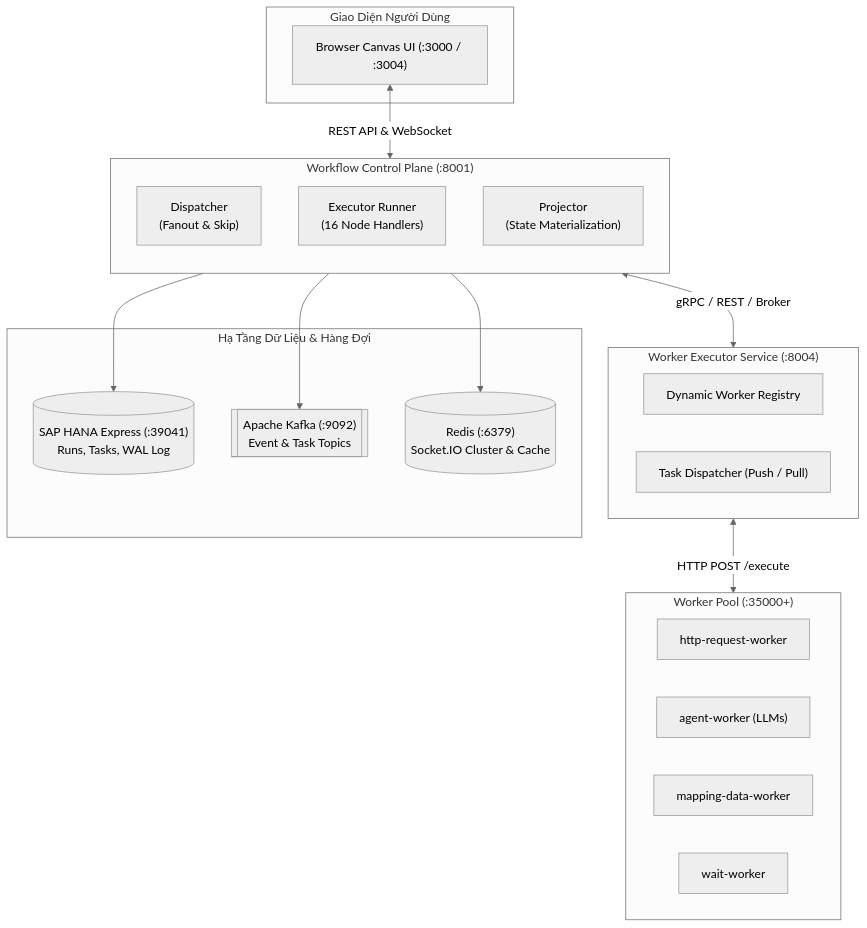
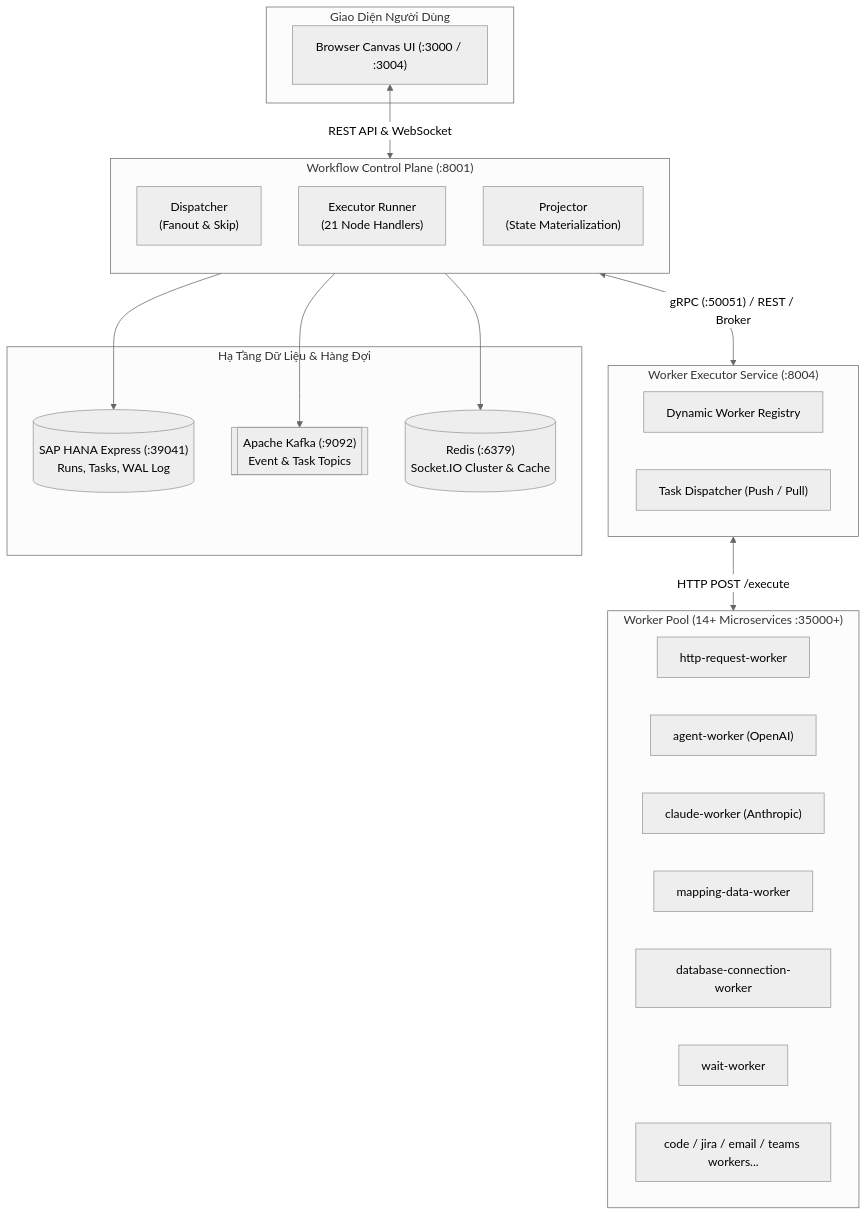
Before and after one commit to namvoit1710-cmyk/tech-stack: the diagram in docs/ai-workflow-management/README.md, drawn with Mermaid (neutral theme). The commit also changed other lines of this file and 7 other files, not shown here.

````diff
--- a/docs/ai-workflow-management/README.md
+++ b/docs/ai-workflow-management/README.md
@@ -39,38 +42,41 @@
 ```mermaid
 flowchart TB
     subgraph UI["Giao Diện Người Dùng"]
         CLIENT["Browser Canvas UI (:3000 / :3004)"]
     end
 
     subgraph ENGINE["Workflow Control Plane (:8001)"]
         direction TB
         DISP["Dispatcher<br/>(Fanout & Skip)"]
-        EXEC["Executor Runner<br/>(16 Node Handlers)"]
+        EXEC["Executor Runner<br/>(21 Node Handlers)"]
         PROJ["Projector<br/>(State Materialization)"]
     end
 
     subgraph WORKERS["Worker Executor Service (:8004)"]
         REGISTRY["Dynamic Worker Registry"]
         DISPATCHER["Task Dispatcher (Push / Pull)"]
     end
 
-    subgraph AGENTS["Worker Pool (:35000+)"]
+    subgraph AGENTS["Worker Pool (14+ Microservices :35000+)"]
         W_HTTP["http-request-worker"]
-        W_AGENT["agent-worker (LLMs)"]
+        W_AGENT["agent-worker (OpenAI)"]
+        W_CLAUDE["claude-worker (Anthropic)"]
         W_MAP["mapping-data-worker"]
+        W_DB["database-connection-worker"]
         W_WAIT["wait-worker"]
+        W_MORE["code / jira / email / teams workers..."]
     end
 
     subgraph STORAGE["Hạ Tầng Dữ Liệu & Hàng Đợi"]
         HANA[("SAP HANA Express (:39041)<br/>Runs, Tasks, WAL Log")]
         KAFKA[["Apache Kafka (:9092)<br/>Event & Task Topics"]]
         REDIS[("Redis (:6379)<br/>Socket.IO Cluster & Cache")]
     end
 
     CLIENT <-- "REST API & WebSocket" --> ENGINE
-    ENGINE <-- "gRPC / REST / Broker" --> WORKERS
+    ENGINE <-- "gRPC (:50051) / REST / Broker" --> WORKERS
     WORKERS <-- "HTTP POST /execute" --> AGENTS
     ENGINE --> HANA
     ENGINE --> KAFKA
     ENGINE --> REDIS
 ```
````
